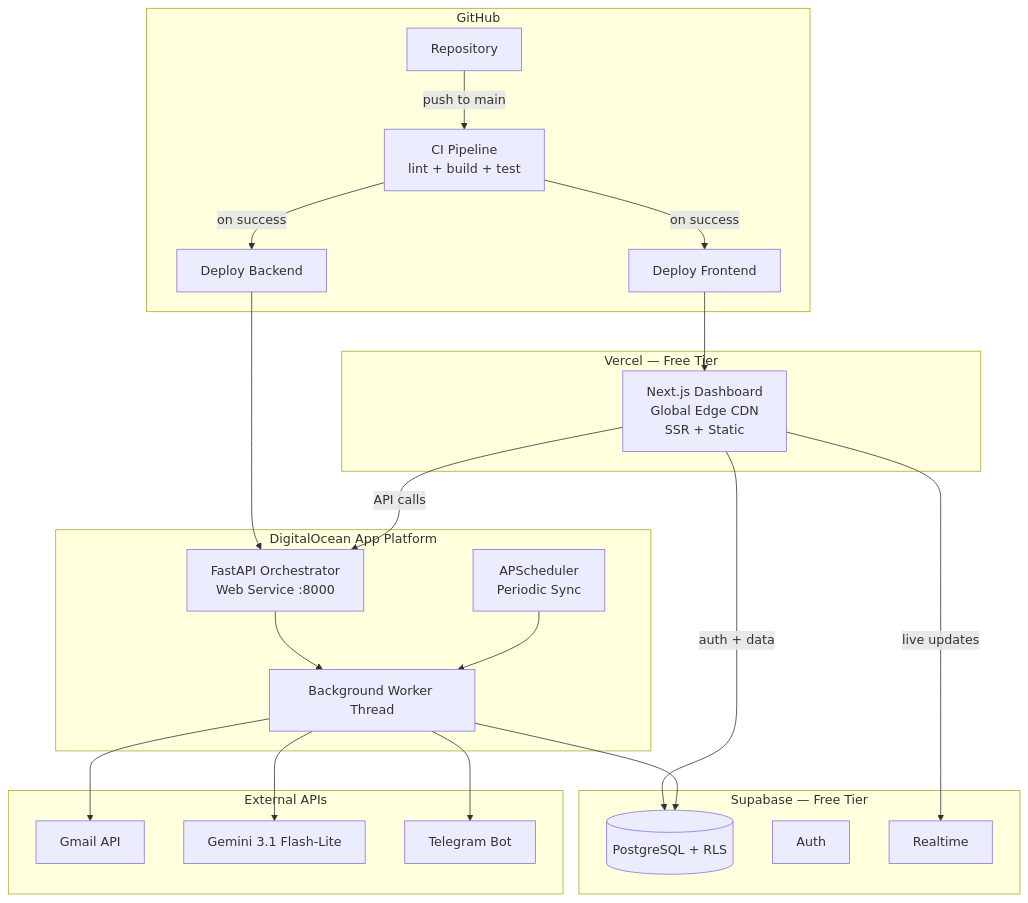
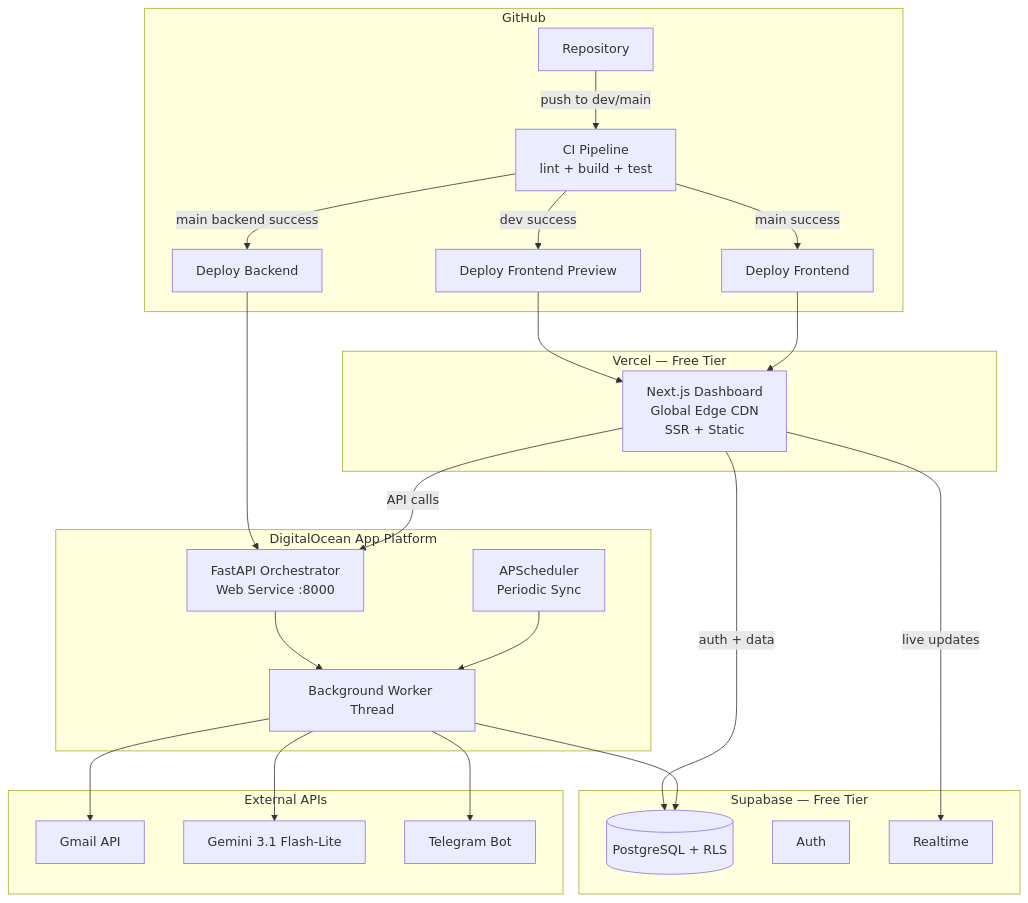
Before and after one commit to maherahmedraza/BewerbLens: the diagram in README.md, drawn with Mermaid. The commit also changed other lines of this file and 40 other files, not shown here.

First line of the commit message:
feat(dashboard): restructure information architecture, harden CI/CD branching, and fix Telegram delivery

````diff
--- a/README.md
+++ b/README.md
@@ -26,48 +27,51 @@
 ```mermaid
 graph TB
     subgraph "GitHub"
         GH[Repository]
         CI[CI Pipeline<br/>lint + build + test]
-        DF[Deploy Frontend]
+        DFP[Deploy Frontend Preview]
+        DFR[Deploy Frontend]
         DB_DEPLOY[Deploy Backend]
     end
 
     subgraph "Vercel — Free Tier"
         DASH[Next.js Dashboard<br/>Global Edge CDN<br/>SSR + Static]
     end
 
     subgraph "DigitalOcean App Platform"
         ORCH[FastAPI Orchestrator<br/>Web Service :8000]
         WORKER[Background Worker Thread]
         SCHED[APScheduler<br/>Periodic Sync]
     end
 
     subgraph "Supabase — Free Tier"
         SUPDB[(PostgreSQL + RLS)]
         AUTH[Auth]
         RT[Realtime]
     end
 
     subgraph "External APIs"
         GMAIL[Gmail API]
         GEMINI[Gemini 3.1 Flash-Lite]
         TG[Telegram Bot]
     end
 
-    GH -->|push to main| CI
-    CI -->|on success| DF
-    CI -->|on success| DB_DEPLOY
-    DF --> DASH
+    GH -->|push to dev/main| CI
+    CI -->|dev success| DFP
+    CI -->|main success| DFR
+    CI -->|main backend success| DB_DEPLOY
+    DFP --> DASH
+    DFR --> DASH
     DB_DEPLOY --> ORCH
 
     DASH -->|API calls| ORCH
     DASH -->|auth + data| SUPDB
     DASH -->|live updates| RT
 
     ORCH --> WORKER
     SCHED --> WORKER
     WORKER --> GMAIL
     WORKER --> GEMINI
     WORKER --> SUPDB
     WORKER --> TG
 ```
````
